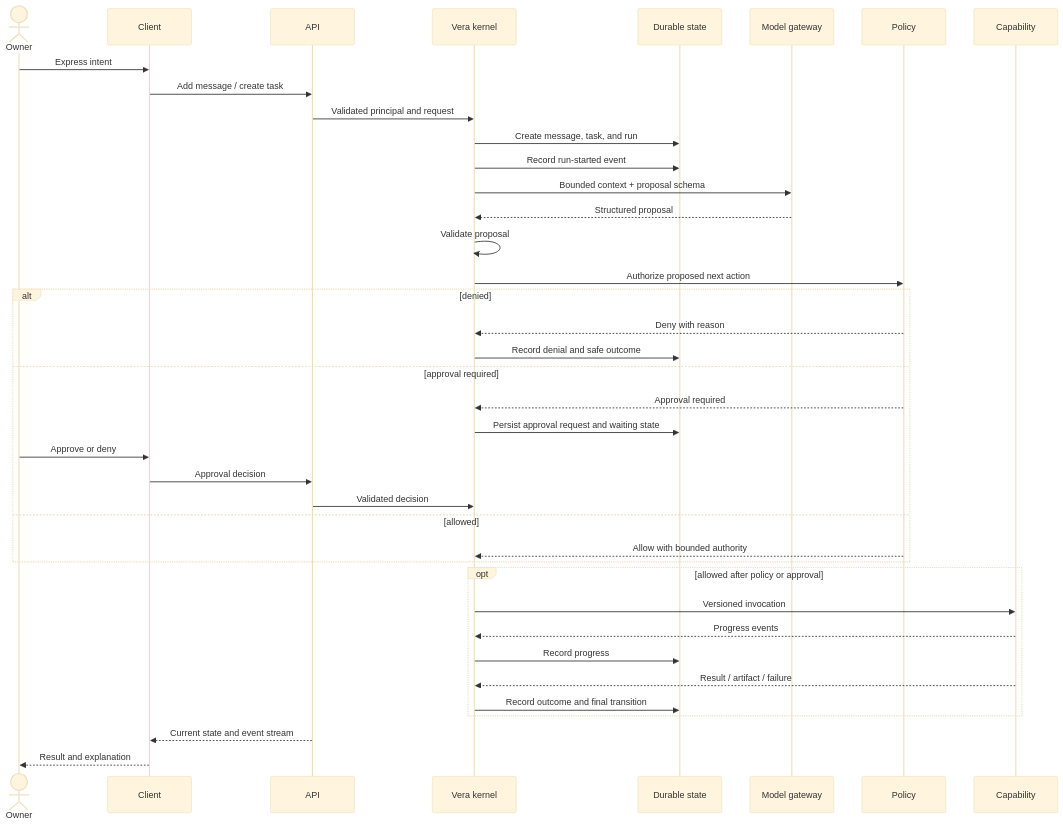
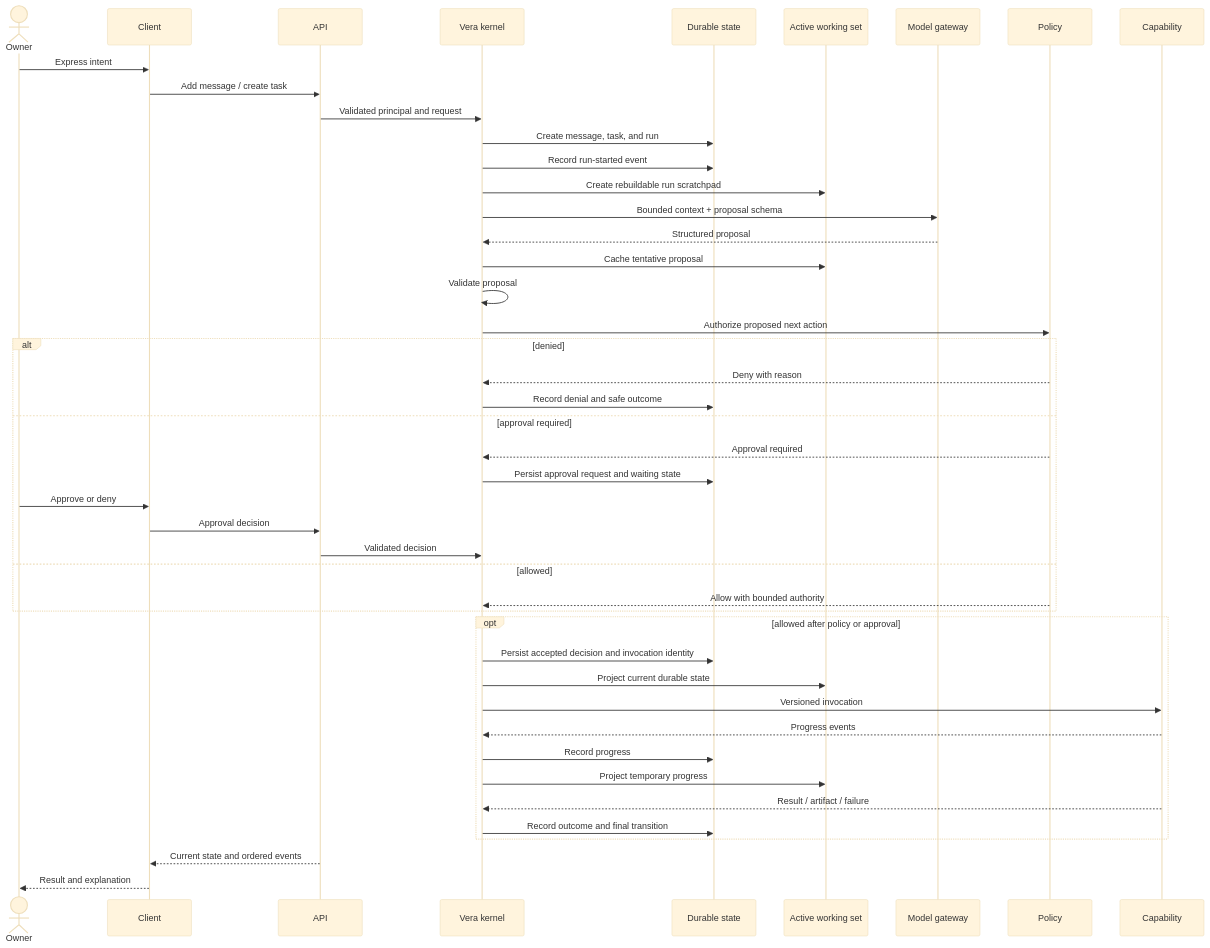
The third of 5 diagrams in docs/system-architecture.md (4romgod/vera), drawn with Mermaid (base theme) before and after one commit. The commit also changed other lines of this file and 19 other files, not shown here.

````diff
--- a/docs/system-architecture.md
+++ b/docs/system-architecture.md
@@ -225,45 +245,51 @@
 ```mermaid
 sequenceDiagram
     actor Owner
     participant Client
     participant API
     participant Kernel as Vera kernel
     participant Store as Durable state
+    participant Working as Active working set
     participant Model as Model gateway
     participant Policy
     participant Capability
 
     Owner->>Client: Express intent
     Client->>API: Add message / create task
     API->>Kernel: Validated principal and request
     Kernel->>Store: Create message, task, and run
     Kernel->>Store: Record run-started event
+    Kernel->>Working: Create rebuildable run scratchpad
     Kernel->>Model: Bounded context + proposal schema
     Model-->>Kernel: Structured proposal
+    Kernel->>Working: Cache tentative proposal
     Kernel->>Kernel: Validate proposal
     Kernel->>Policy: Authorize proposed next action
 
     alt denied
         Policy-->>Kernel: Deny with reason
         Kernel->>Store: Record denial and safe outcome
     else approval required
         Policy-->>Kernel: Approval required
         Kernel->>Store: Persist approval request and waiting state
         Owner->>Client: Approve or deny
         Client->>API: Approval decision
         API->>Kernel: Validated decision
     else allowed
         Policy-->>Kernel: Allow with bounded authority
     end
 
     opt allowed after policy or approval
+        Kernel->>Store: Persist accepted decision and invocation identity
+        Kernel->>Working: Project current durable state
         Kernel->>Capability: Versioned invocation
         Capability-->>Kernel: Progress events
         Kernel->>Store: Record progress
+        Kernel->>Working: Project temporary progress
         Capability-->>Kernel: Result / artifact / failure
         Kernel->>Store: Record outcome and final transition
     end
 
-    API-->>Client: Current state and event stream
+    API-->>Client: Current state and ordered events
     Client-->>Owner: Result and explanation
 ```
````
